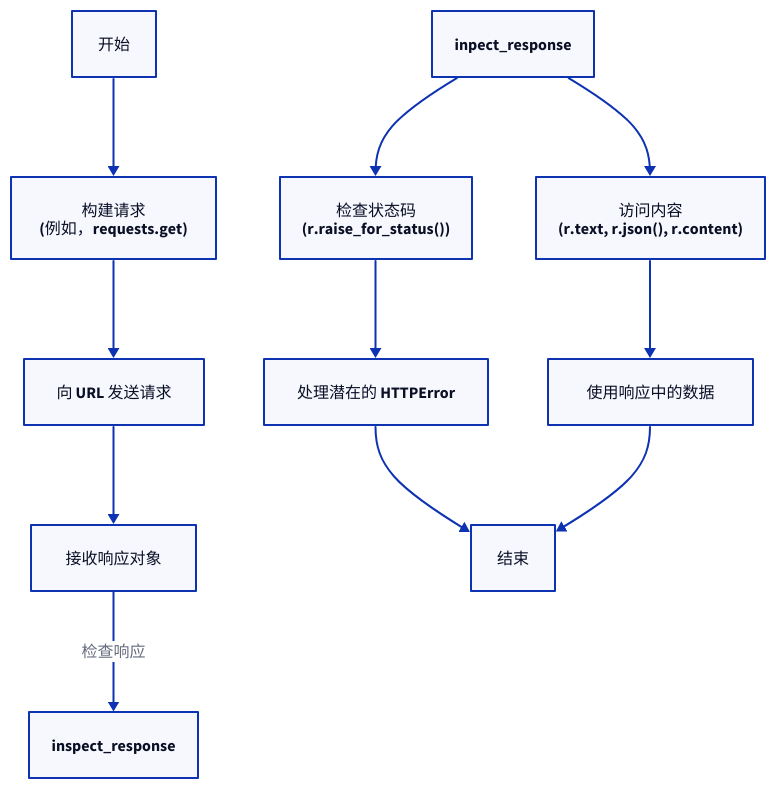
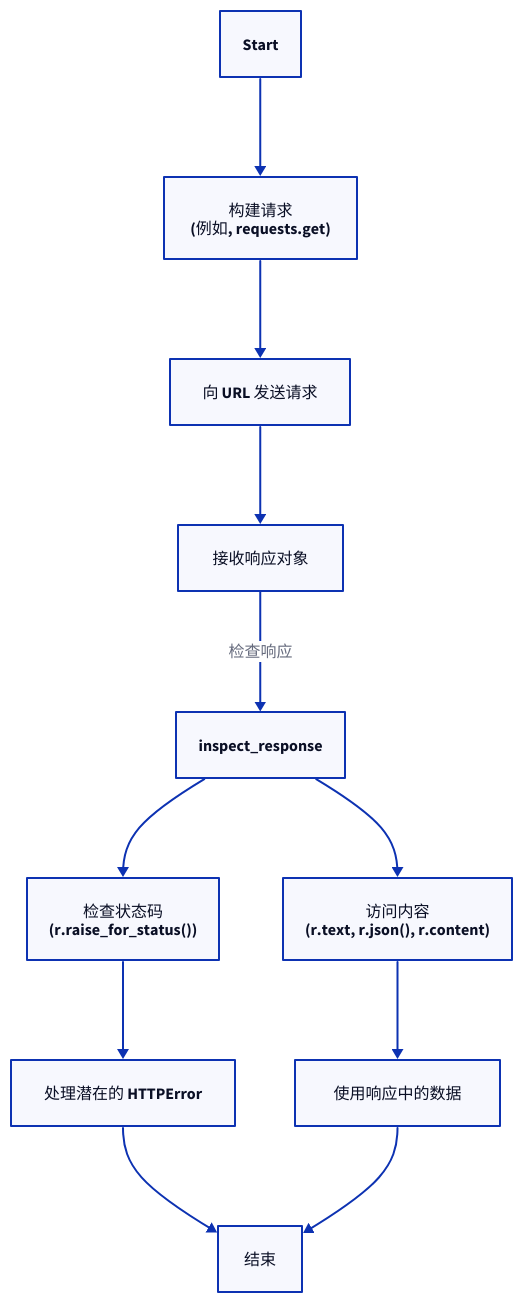
Before and after one commit to lban2049/requests: the diagram in .aigne/doc-smith/docs/user-guide.zh.md, drawn with D2. The commit also changed other lines of this file and 31 other files, not shown here.

````diff
--- a/.aigne/doc-smith/docs/user-guide.zh.md
+++ b/.aigne/doc-smith/docs/user-guide.zh.md
@@ -11,11 +11,11 @@
 ```d2
 direction: down
 
-"开始" -> "构建请求\n(例如，requests.get)"
-"构建请求\n(例如，requests.get)" -> "向 URL 发送请求"
+"Start" -> "构建请求\n(例如, requests.get)"
+"构建请求\n(例如, requests.get)" -> "向 URL 发送请求"
 "向 URL 发送请求" -> "接收响应对象"
 "接收响应对象" -> inspect_response: "检查响应"
 
-inpect_response -> "检查状态码\n(r.raise_for_status())" -> "处理潜在的 HTTPError" -> "结束"
-inpect_response -> "访问内容\n(r.text, r.json(), r.content)" -> "使用响应中的数据" -> "结束"
+inspect_response -> "检查状态码\n(r.raise_for_status())" -> "处理潜在的 HTTPError" -> "结束"
+inspect_response -> "访问内容\n(r.text, r.json(), r.content)" -> "使用响应中的数据" -> "结束"
 ```
````
